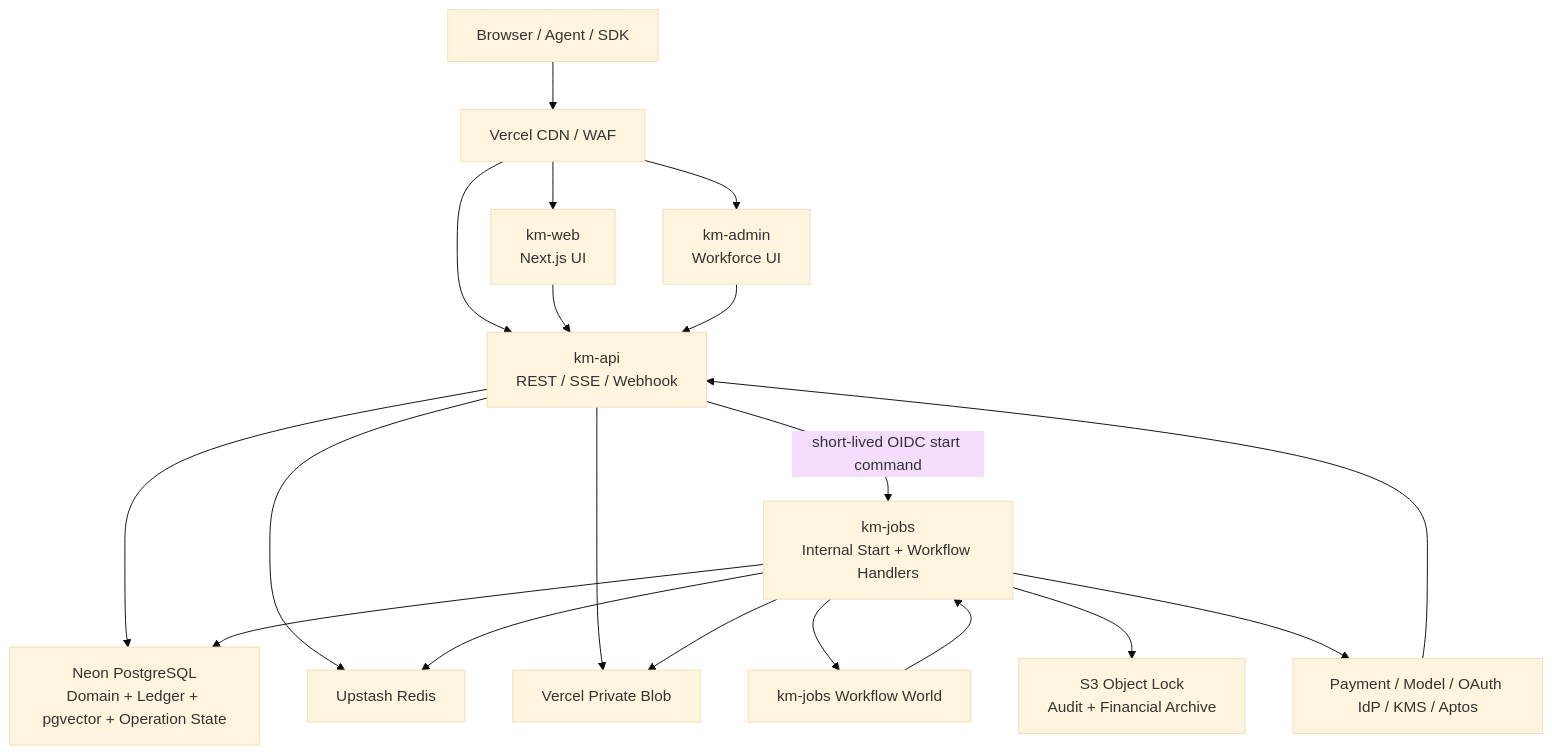
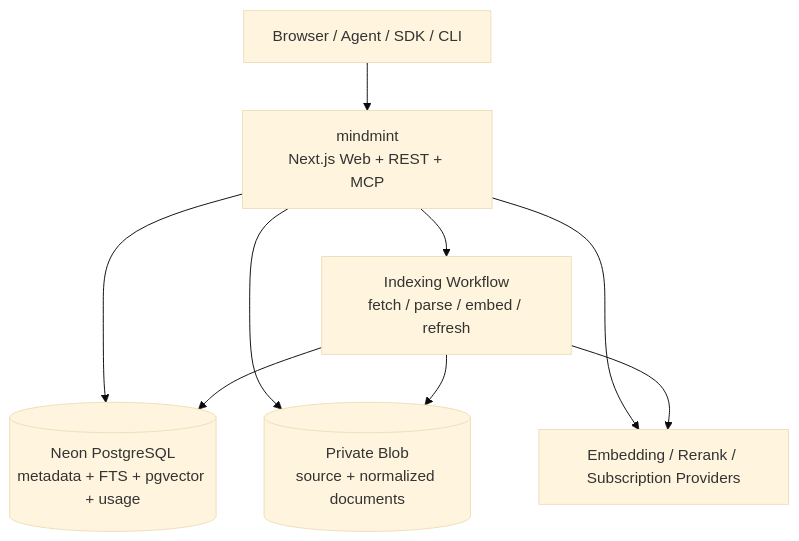
One commit to symphonyprotocol-lab/detail0 changed the diagram in architecture.md. Above: the diagram before and after it, drawn with Mermaid (base theme). The commit also changed other lines of this file and 44 other files, not shown here.

````diff
--- a/architecture.md
+++ b/architecture.md
@@ -46,34 +49,18 @@
 ```mermaid
 flowchart TB
-    Client["Browser / Agent / SDK"]
-    Edge["Vercel CDN / WAF"]
-    Web["km-web\nNext.js UI"]
-    API["km-api\nREST / SSE / Webhook"]
-    Admin["km-admin\nWorkforce UI"]
-    Jobs["km-jobs\nInternal Start + Workflow Handlers"]
-    World["km-jobs Workflow World"]
-    Neon["Neon PostgreSQL\nDomain + Ledger + pgvector + Operation State"]
-    Blob["Vercel Private Blob"]
-    Archive["S3 Object Lock\nAudit + Financial Archive"]
-    Redis["Upstash Redis"]
-    External["Payment / Model / OAuth IdP / KMS / Aptos"]
+    Client["Browser / Agent / SDK / CLI"]
+    App["mindmint\nNext.js Web + REST + MCP"]
+    Workflow["Indexing Workflow\nfetch / parse / embed / refresh"]
+    Postgres[("Neon PostgreSQL\nmetadata + FTS + pgvector + usage")]
+    Blob[("Private Blob\nsource + normalized documents")]
+    Providers["Embedding / Rerank / Subscription Providers"]
 
-    Client --> Edge
-    Edge --> Web
-    Edge --> API
-    Edge --> Admin
-    Web --> API
-    Admin --> API
-    API --> Neon
-    API --> Redis
-    API --> Blob
-    API -->|"short-lived OIDC start command"| Jobs
-    Jobs --> World
-    World --> Jobs
-    Jobs --> Neon
-    Jobs --> Blob
-    Jobs --> Archive
-    Jobs --> Redis
-    Jobs --> External
-    External --> API
+    Client --> App
+    App --> Postgres
+    App --> Blob
+    App --> Providers
+    App --> Workflow
+    Workflow --> Postgres
+    Workflow --> Blob
+    Workflow --> Providers
 ```
````
